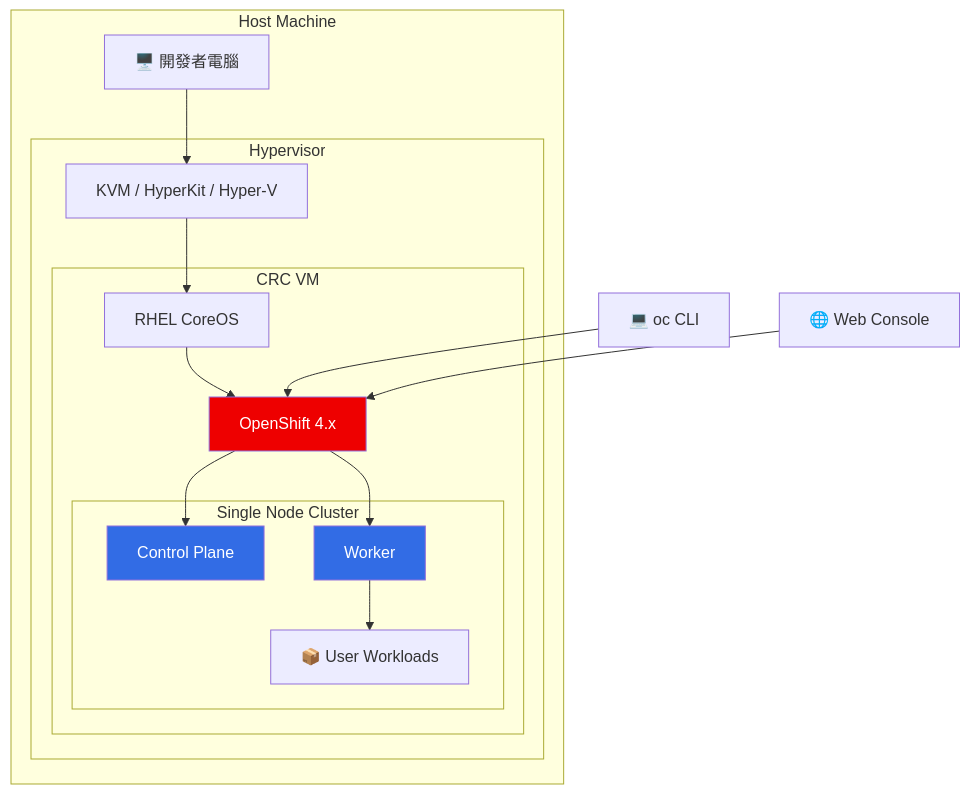
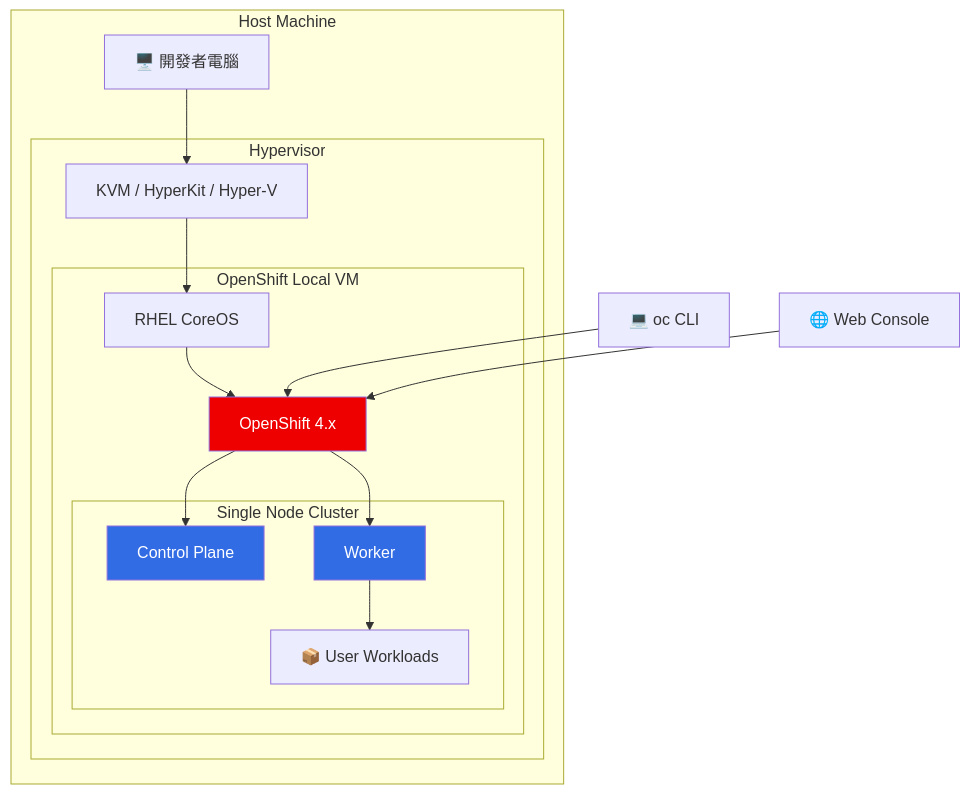
The fourth of 15 diagrams in README.md (ChunPingWang/openshift-learning), drawn with Mermaid before and after one commit. The commit also changed other lines of this file and 8 other files, not shown here.

First line of the commit message:
更新產品名稱：CRC 改為 OpenShift Local

````diff
--- a/README.md
+++ b/README.md
@@ -220,37 +220,37 @@
 ```mermaid
 graph TB
     subgraph "Host Machine"
         A[🖥️ 開發者電腦]
 
         subgraph "Hypervisor"
             B[KVM / HyperKit / Hyper-V]
 
-            subgraph "CRC VM"
+            subgraph "OpenShift Local VM"
                 C[RHEL CoreOS]
                 D[OpenShift 4.x]
 
                 subgraph "Single Node Cluster"
                     E[Control Plane]
                     F[Worker]
                     G[📦 User Workloads]
                 end
             end
         end
     end
 
     H[💻 oc CLI]
     I[🌐 Web Console]
 
     A --> B
     B --> C
     C --> D
     D --> E
     D --> F
     F --> G
     H --> D
     I --> D
 
     style D fill:#EE0000,color:#fff
     style E fill:#326CE5,color:#fff
     style F fill:#326CE5,color:#fff
 ```
````
